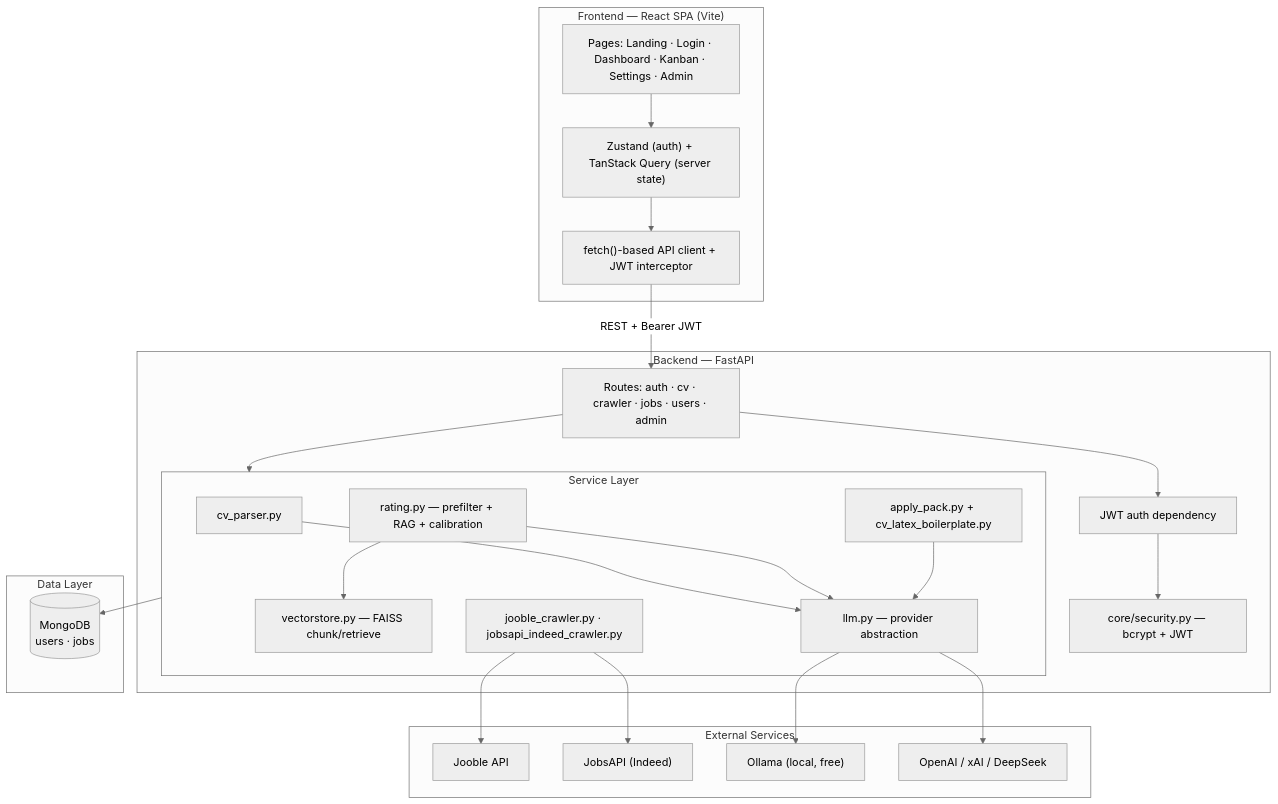
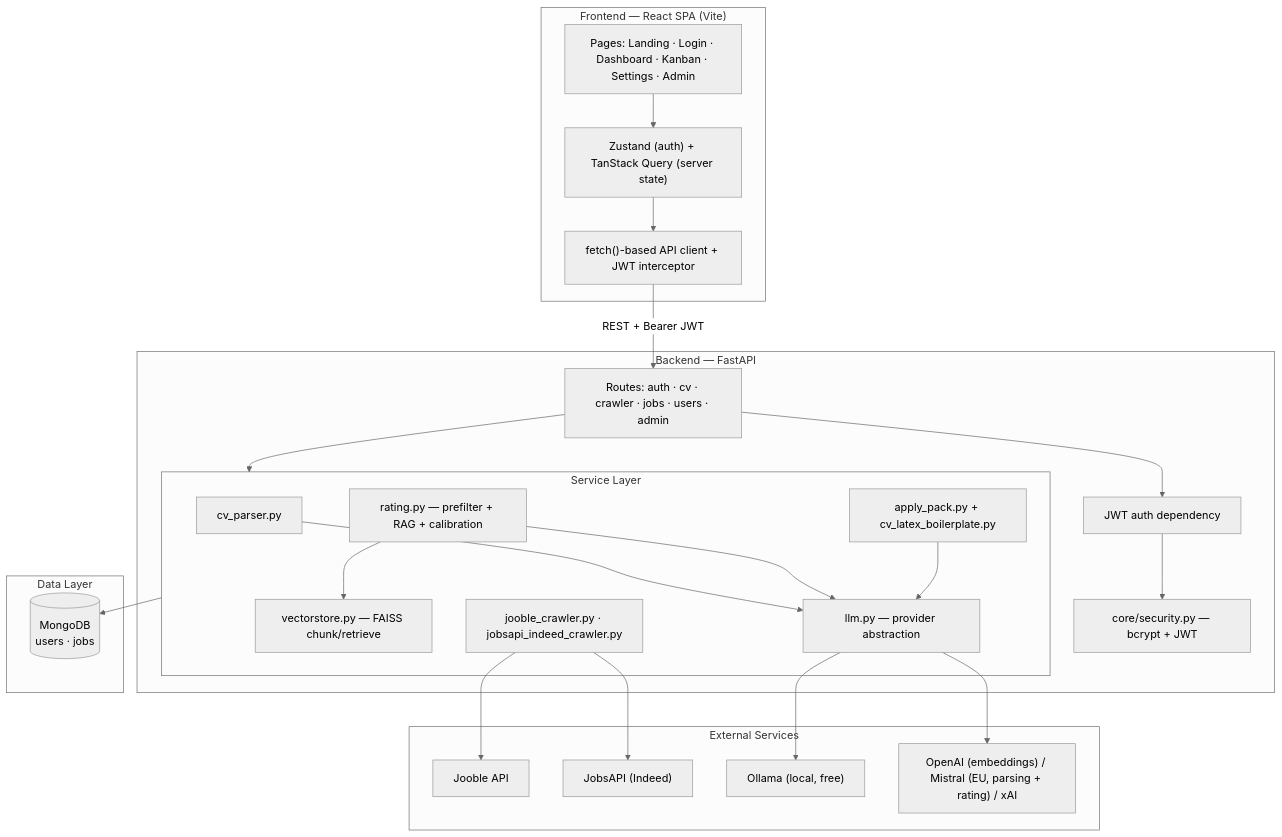
Before and after one commit to itsmesaim/jobRadarAI: the first of 3 diagrams in README.md, drawn with Mermaid (neutral theme). The commit also changed other lines of this file and 15 other files, not shown here.

````diff
--- a/README.md
+++ b/README.md
@@ -26,45 +26,45 @@
 ```mermaid
 flowchart TB
     subgraph Client["Frontend — React SPA (Vite)"]
         Pages["Pages: Landing · Login · Dashboard · Kanban · Settings · Admin"]
         State["Zustand (auth) + TanStack Query (server state)"]
         Fetch["fetch()-based API client + JWT interceptor"]
     end
 
     subgraph Backend["Backend — FastAPI"]
         Routes["Routes: auth · cv · crawler · jobs · users · admin"]
         Deps["JWT auth dependency"]
         subgraph Services["Service Layer"]
             CVParser["cv_parser.py"]
             Rating["rating.py — prefilter + RAG + calibration"]
             Vectorstore["vectorstore.py — FAISS chunk/retrieve"]
             ApplyPack["apply_pack.py + cv_latex_boilerplate.py"]
             Crawlers["jooble_crawler.py · jobsapi_indeed_crawler.py"]
             LLM["llm.py — provider abstraction"]
         end
         Security["core/security.py — bcrypt + JWT"]
     end
 
     subgraph Data["Data Layer"]
         MongoDB[("MongoDB<br/>users · jobs")]
     end
 
     subgraph External["External Services"]
         Jooble["Jooble API"]
         JobsAPI["JobsAPI (Indeed)"]
         Ollama["Ollama (local, free)"]
-        OpenAI["OpenAI / xAI / DeepSeek"]
+        OpenAI["OpenAI (embeddings) / Mistral (EU, parsing + rating) / xAI"]
     end
 
     Pages --> State --> Fetch
     Fetch -->|"REST + Bearer JWT"| Routes
     Routes --> Deps --> Security
     Routes --> Services
     Services --> MongoDB
     CVParser --> LLM
     Rating --> Vectorstore
     Rating --> LLM
     ApplyPack --> LLM
     Crawlers --> Jooble & JobsAPI
     LLM --> Ollama & OpenAI
 ```
````
